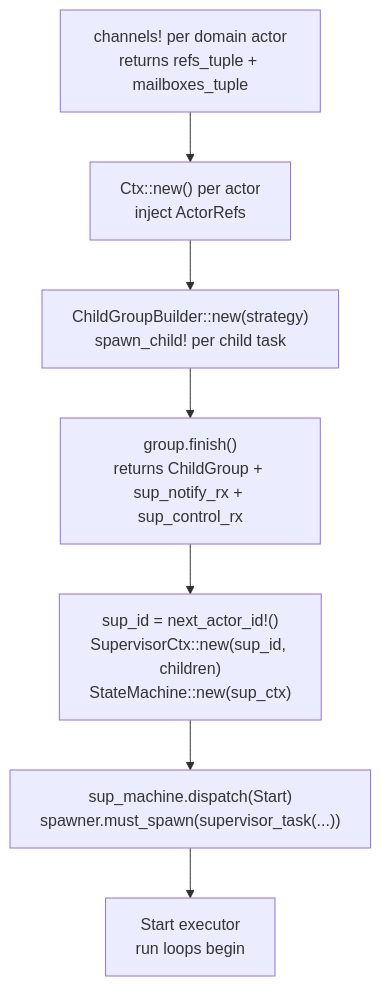
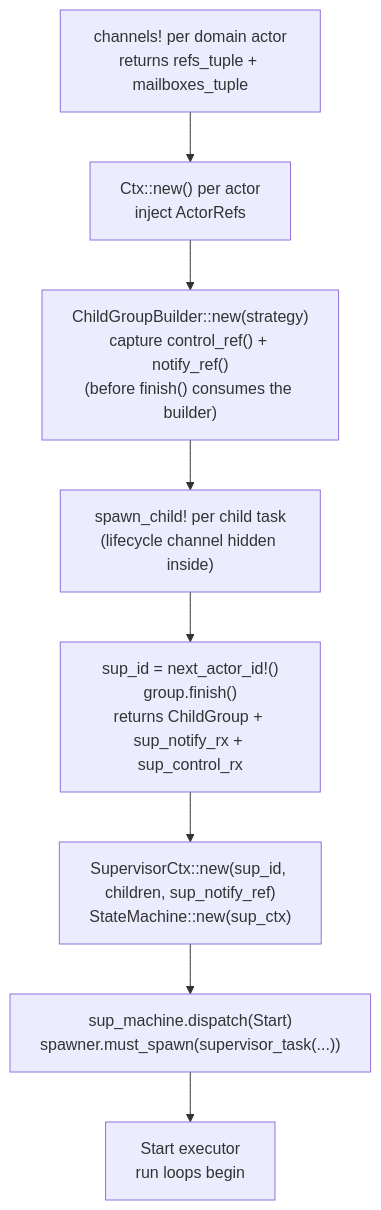
Before and after one commit to bloxide-com/bloxide: the first of 2 diagrams in spec/architecture/04-static-wiring.md, drawn with Mermaid. The commit also changed other lines of this file and 33 other files, not shown here.

````diff
--- a/spec/architecture/04-static-wiring.md
+++ b/spec/architecture/04-static-wiring.md
@@ -7,10 +7,11 @@
 ```mermaid
 flowchart TD
     A["channels! per domain actor\nreturns refs_tuple + mailboxes_tuple"] --> B
     B["Ctx::new() per actor\ninject ActorRefs"] --> C
-    C["ChildGroupBuilder::new(strategy)\nspawn_child! per child task"] --> D
-    D["group.finish()\nreturns ChildGroup + sup_notify_rx + sup_control_rx"] --> E
-    E["sup_id = next_actor_id!()\nSupervisorCtx::new(sup_id, children)\nStateMachine::new(sup_ctx)"] --> F
-    F["sup_machine.dispatch(Start)\nspawner.must_spawn(supervisor_task(...))"] --> G
-    G["Start executor\nrun loops begin"]
+    C["ChildGroupBuilder::new(strategy)\ncapture control_ref() + notify_ref()\n(before finish() consumes the builder)"] --> D
+    D["spawn_child! per child task\n(lifecycle channel hidden inside)"] --> E
+    E["sup_id = next_actor_id!()\ngroup.finish()\nreturns ChildGroup + sup_notify_rx + sup_control_rx"] --> F
+    F["SupervisorCtx::new(sup_id, children, sup_notify_ref)\nStateMachine::new(sup_ctx)"] --> G
+    G["sup_machine.dispatch(Start)\nspawner.must_spawn(supervisor_task(...))"] --> H
+    H["Start executor\nrun loops begin"]
 ```
````
